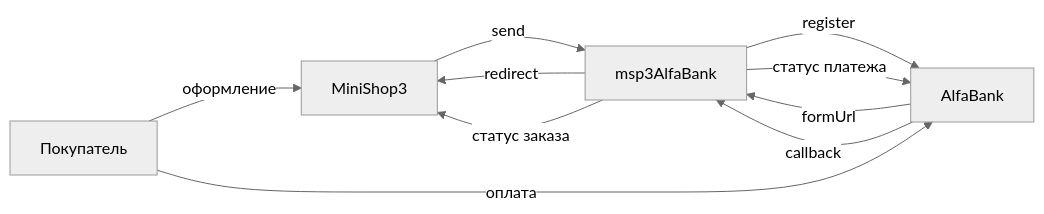
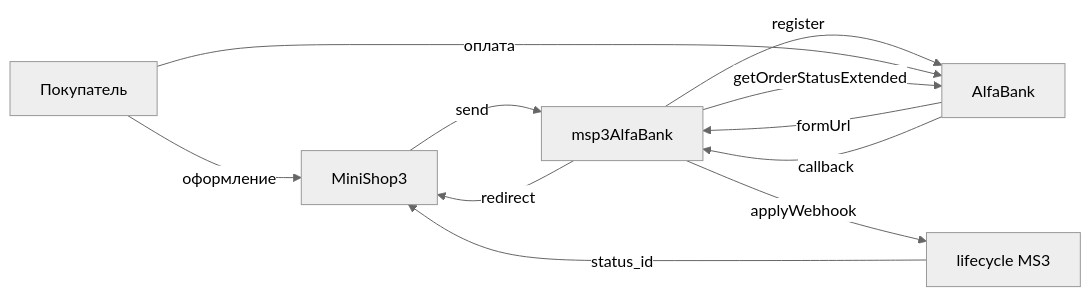
One commit to modx-pro/Docs changed the diagram in docs/components/msp3alfabank/index.md. Above: the diagram before and after it, drawn with Mermaid (neutral theme). The commit also changed other lines of this file and 40 other files, not shown here.

````diff
--- a/docs/components/msp3alfabank/index.md
+++ b/docs/components/msp3alfabank/index.md
@@ -88,16 +92,18 @@
 ```mermaid
 flowchart LR
   Buyer[Покупатель]
   MS3[MiniShop3]
   Pkg[msp3AlfaBank]
+  Life[lifecycle MS3]
   Bank[AlfaBank]
   Buyer -->|оформление| MS3
   MS3 -->|send| Pkg
   Pkg -->|register| Bank
   Bank -->|formUrl| Pkg
   Pkg -->|redirect| MS3
   Buyer -->|оплата| Bank
   Bank -->|callback| Pkg
-  Pkg -->|статус платежа| Bank
-  Pkg -->|статус заказа| MS3
+  Pkg -->|getOrderStatusExtended| Bank
+  Pkg -->|applyWebhook| Life
+  Life -->|status_id| MS3
 ```
````
